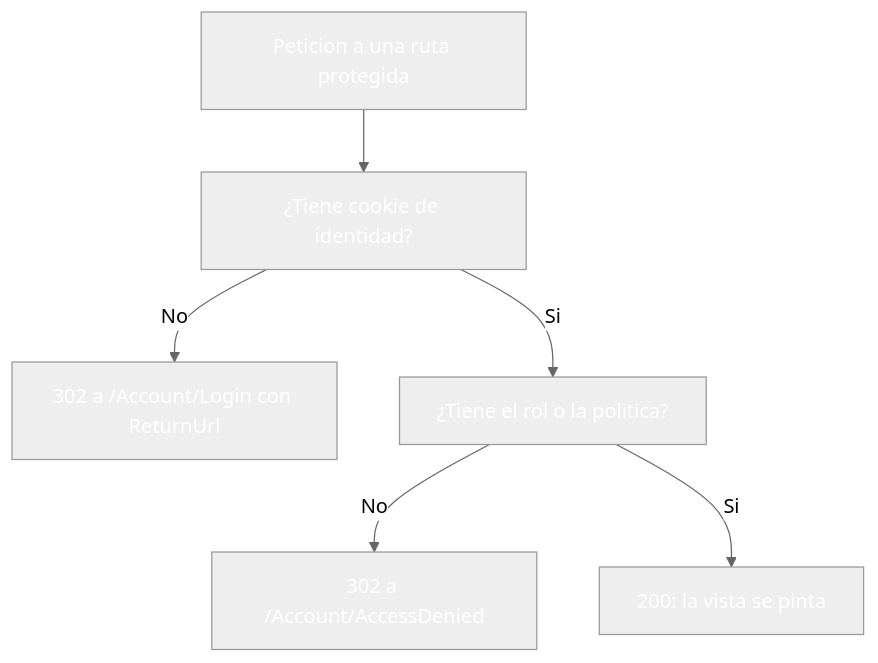
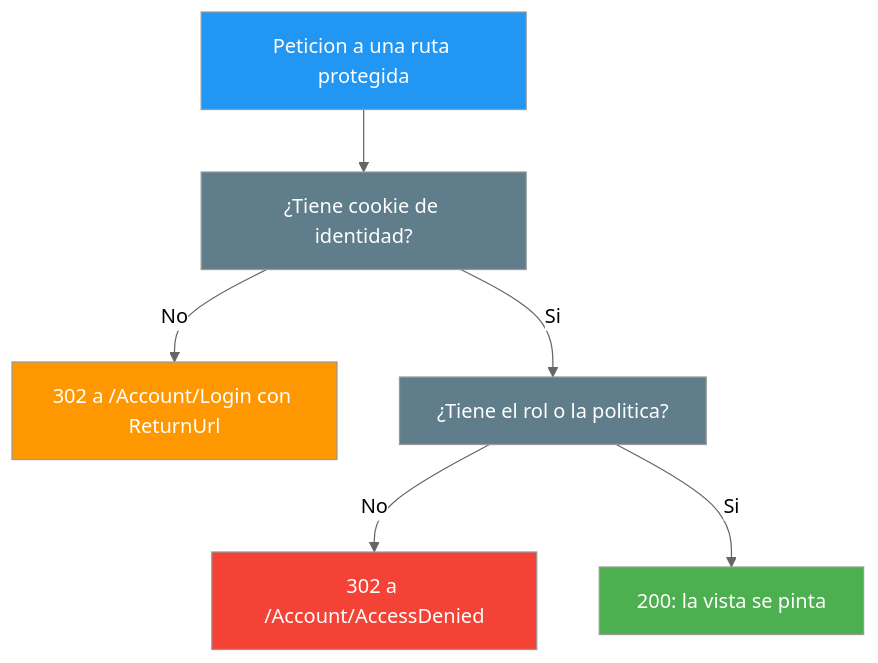
Before and after one commit to joseluisgs/DesarrolloWebEntornosServidor-03-2026-2027: the seventh of 8 diagrams in 19-autenticacion-identity.md, drawn with Mermaid (neutral theme). The commit also changed other lines of this file and 25 other files, not shown here.

Commit message:
docs: corregir los estilos Mermaid de los temas y alinear el dominio del tema 25 con ProductosApp

````diff
--- a/19-autenticacion-identity.md
+++ b/19-autenticacion-identity.md
@@ -604,14 +604,14 @@
 ```mermaid
 graph TD
     P["Peticion a una ruta protegida"] --> A["¿Tiene cookie de identidad?"]
     A -->|No| L["302 a /Account/Login con ReturnUrl"]
     A -->|Si| R["¿Tiene el rol o la politica?"]
     R -->|No| D["302 a /Account/AccessDenied"]
     R -->|Si| OK["200: la vista se pinta"]
-    style P fill:#2196F,color:#fff3,color:#fff
-    style A fill:#607D8,color:#fffB,color:#fff
-    style L fill:#FF980,color:#fff0,color:#fff
-    style R fill:#607D8,color:#fffB,color:#fff
-    style D fill:#f4433,color:#fff6,color:#fff
-    style OK fill:#4CAF5,color:#fff0,color:#fff
+    style P fill:#2196F3,color:#fff
+    style A fill:#607D8B,color:#fff
+    style L fill:#FF9800,color:#fff
+    style R fill:#607D8B,color:#fff
+    style D fill:#f44336,color:#fff
+    style OK fill:#4CAF50,color:#fff
 ```
````
